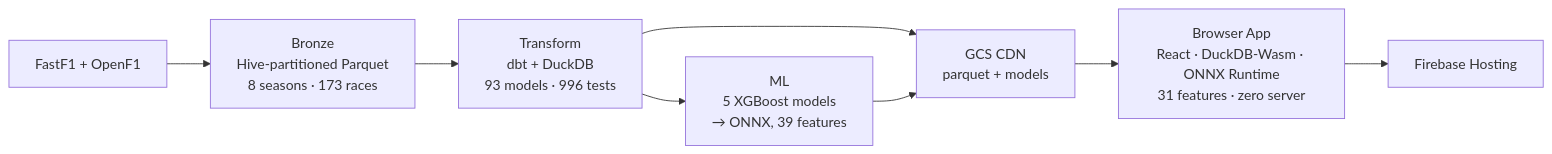
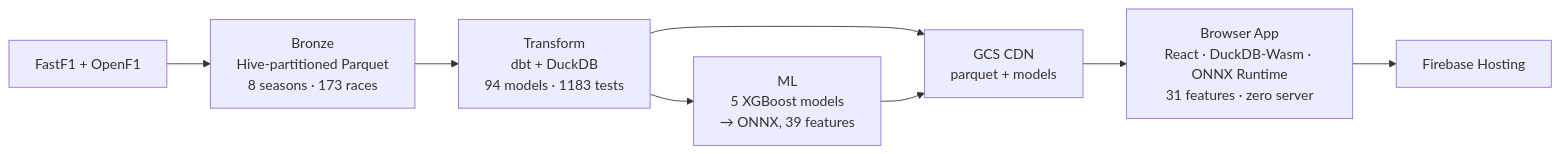
One commit to JustinClarke/off-the-pace changed the diagram in README.md. Above: the diagram before and after it, drawn with Mermaid. The commit also changed other lines of this file and 104 other files, not shown here.

````diff
--- a/README.md
+++ b/README.md
@@ -60,10 +60,10 @@
 ```mermaid
 flowchart LR
     A["FastF1 + OpenF1"] --> B["Bronze<br/>Hive-partitioned Parquet<br/>8 seasons · 173 races"]
-    B --> C["Transform<br/>dbt + DuckDB<br/>93 models · 996 tests"]
+    B --> C["Transform<br/>dbt + DuckDB<br/>94 models · 1183 tests"]
     C --> D["ML<br/>5 XGBoost models<br/>→ ONNX, 39 features"]
     C --> E["GCS CDN<br/>parquet + models"]
     D --> E
     E --> F["Browser App<br/>React · DuckDB-Wasm · ONNX Runtime<br/>31 features · zero server"]
     F --> G["Firebase Hosting"]
 ```
````
